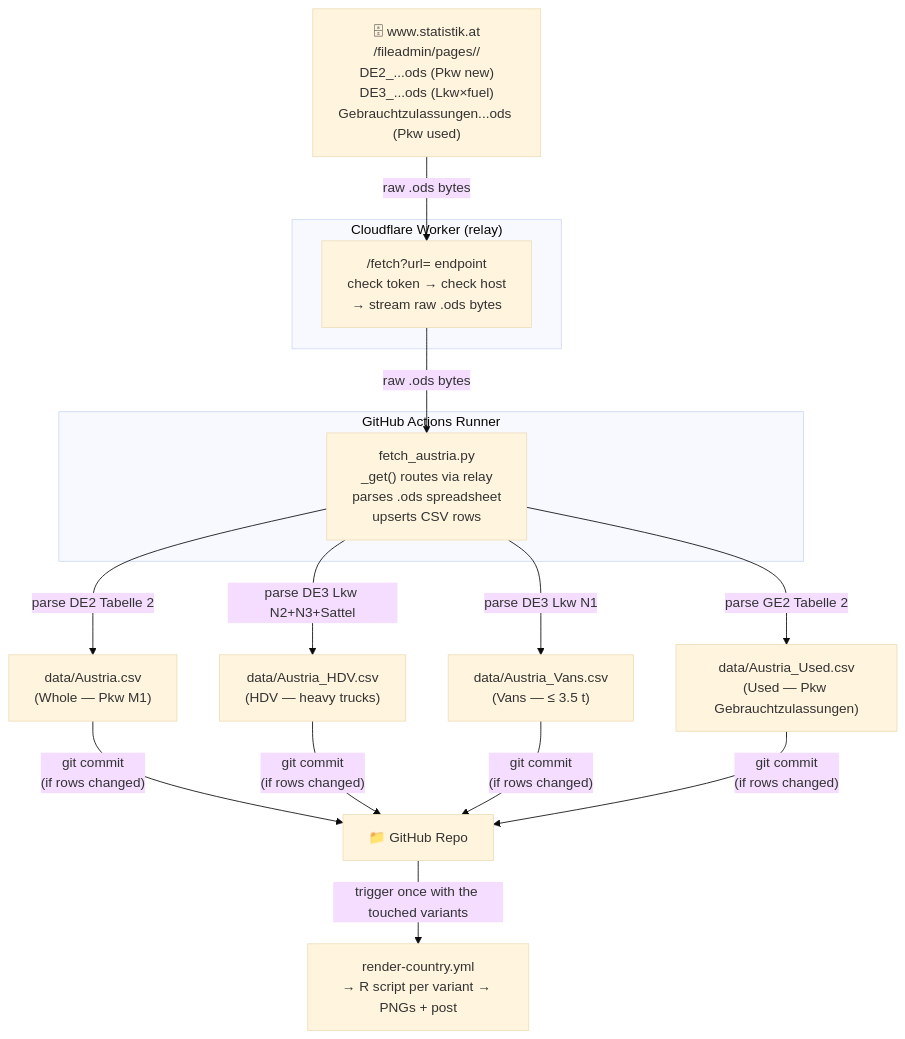
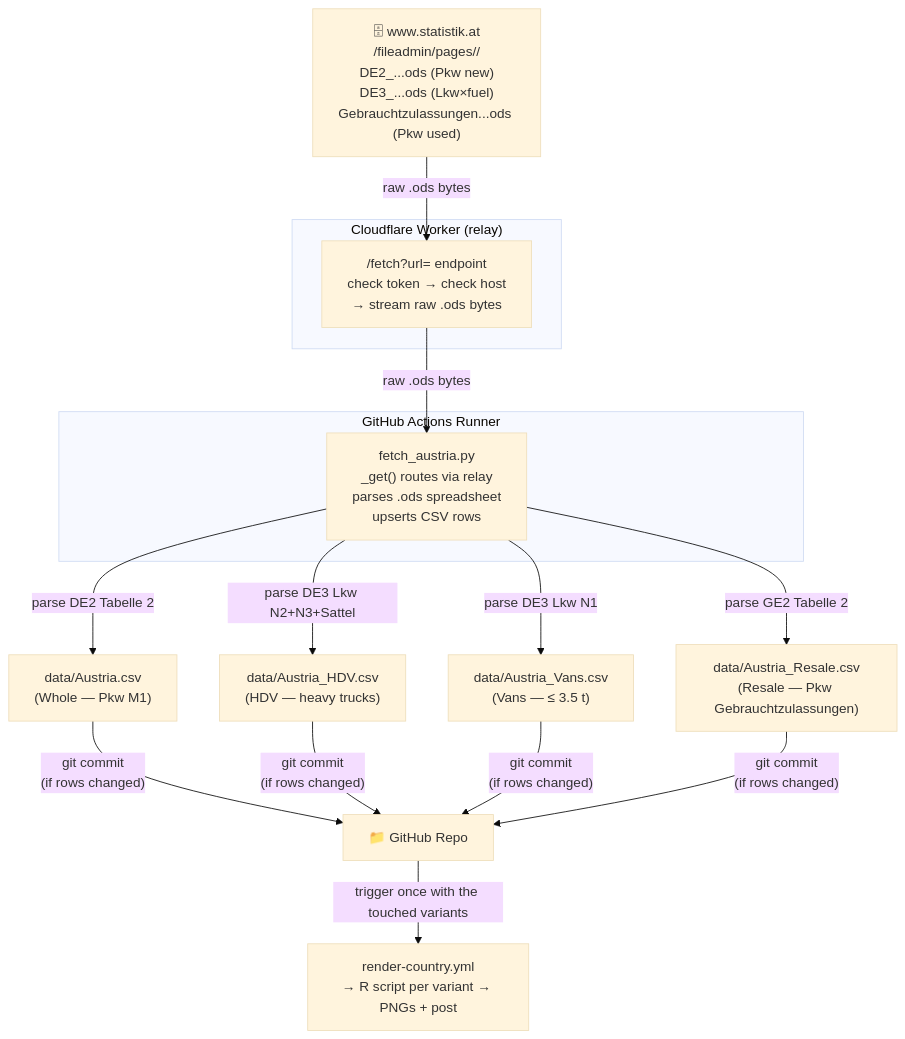
One commit to LeRaffl/LeRaffl-Gallery changed the fifth of 5 diagrams in docs/architecture/20-source-austria.md. Above: the diagram before and after it, drawn with Mermaid (base theme). The commit also changed other lines of this file and 8 other files, not shown here.

First line of the commit message:
feat(austria): the used-car series is Resale, not Used

````diff
--- a/docs/architecture/20-source-austria.md
+++ b/docs/architecture/20-source-austria.md
@@ -403,22 +403,22 @@
 ```mermaid
 flowchart TD
     SA["🗄 www.statistik.at\n/fileadmin/pages/<id>/\nDE2_...ods (Pkw new)\nDE3_...ods (Lkw×fuel)\nGebrauchtzulassungen...ods (Pkw used)"]
 
     subgraph relay["Cloudflare Worker (relay)"]
         R["/fetch?url= endpoint\ncheck token → check host\n→ stream raw .ods bytes"]
     end
 
     subgraph runner["GitHub Actions Runner"]
         Script["fetch_austria.py\n_get() routes via relay\nparses .ods spreadsheet\nupserts CSV rows"]
     end
 
     SA -->|raw .ods bytes| R -->|raw .ods bytes| Script
 
     Script -->|"parse DE2 Tabelle 2"| CSV1["data/Austria.csv\n(Whole — Pkw M1)"]
     Script -->|"parse DE3 Lkw N2+N3+Sattel"| CSV2["data/Austria_HDV.csv\n(HDV — heavy trucks)"]
     Script -->|"parse DE3 Lkw N1"| CSV3["data/Austria_Vans.csv\n(Vans — ≤ 3.5 t)"]
-    Script -->|"parse GE2 Tabelle 2"| CSV4["data/Austria_Used.csv\n(Used — Pkw Gebrauchtzulassungen)"]
+    Script -->|"parse GE2 Tabelle 2"| CSV4["data/Austria_Resale.csv\n(Resale — Pkw Gebrauchtzulassungen)"]
 
     CSV1 & CSV2 & CSV3 & CSV4 -->|"git commit\n(if rows changed)"| Repo["📁 GitHub Repo"]
     Repo -->|"trigger once with the touched variants"| Render["render-country.yml\n→ R script per variant → PNGs + post"]
 ```
````
